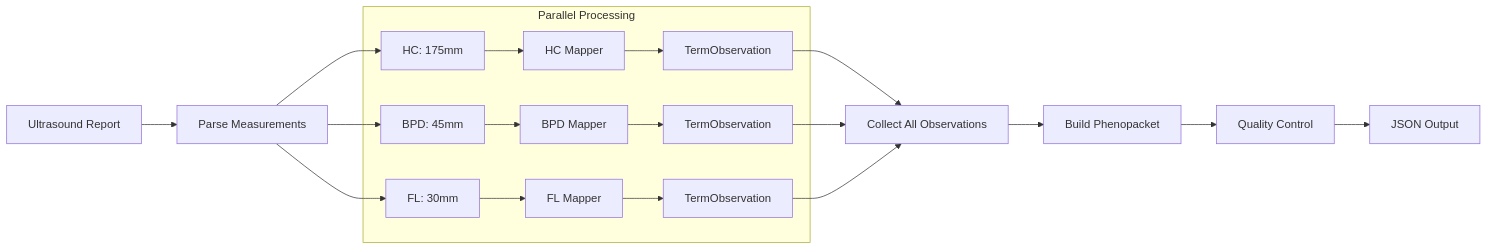
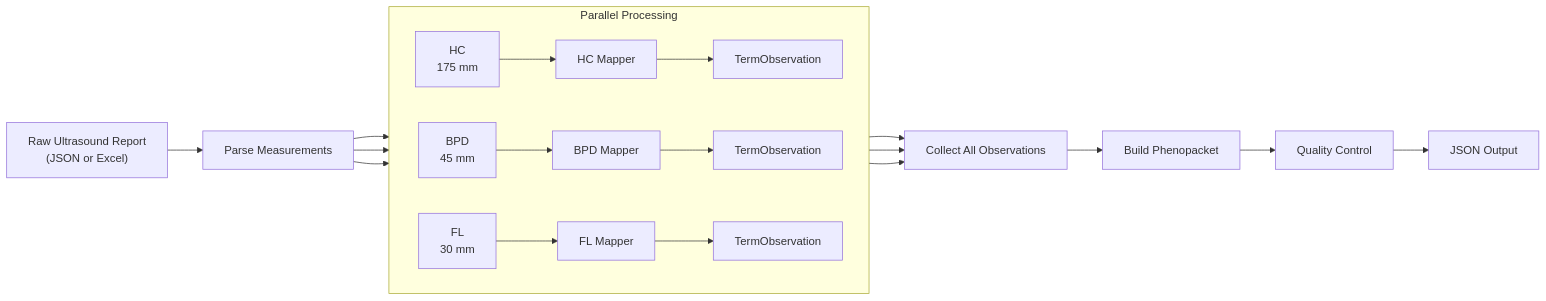
Before and after one commit to P2GX/prenatalppkt: the eighth of 14 diagrams in README.md, drawn with Mermaid. The commit also changed other lines of this file, not shown here.

````diff
--- a/README.md
+++ b/README.md
@@ -486,26 +454,25 @@
 ```mermaid
-flowchart LR
-   Input[Ultrasound Report] --> Parse[Parse Measurements]
-   
-   Parse --> HC[HC: 175mm]
-   Parse --> BPD[BPD: 45mm]
-   Parse --> FL[FL: 30mm]
-   
-   subgraph Processing["Parallel Processing"]
-       HC --> HCMap[HC Mapper]
-       BPD --> BPDMap[BPD Mapper]
-       FL --> FLMap[FL Mapper]
-       
-       HCMap --> HCObs[TermObservation]
-       BPDMap --> BPDObs[TermObservation]
-       FLMap --> FLObs[TermObservation]
-   end
-   
-   HCObs --> Collect[Collect All Observations]
-   BPDObs --> Collect
-   FLObs --> Collect
-   
-   Collect --> PP[Build Phenopacket]
-   PP --> QC[Quality Control]
-   QC --> Output[JSON Output]
+  flowchart LR
+    Input["Raw Ultrasound Report<br/>(JSON or Excel)"] --> Parse["Parse Measurements"]
+
+    Parse --> HC["HC<br/>175 mm"]
+    Parse --> BPD["BPD<br/>45 mm"]
+    Parse --> FL["FL<br/>30 mm"]
+
+    subgraph Processing["Parallel Processing"]
+        direction LR
+        HC --> HCMap["HC Mapper"] --> HCObs["TermObservation"]
+        BPD --> BPDMap["BPD Mapper"] --> BPDObs["TermObservation"]
+        FL --> FLMap["FL Mapper"] --> FLObs["TermObservation"]
+    end
+
+    HCObs --> Collect["Collect All Observations"]
+    BPDObs --> Collect
+    FLObs --> Collect
+
+    Collect --> PP["Build Phenopacket"]
+    PP --> QC["Quality Control"]
+    QC --> Output["JSON Output"]
+
+
 ```
````
